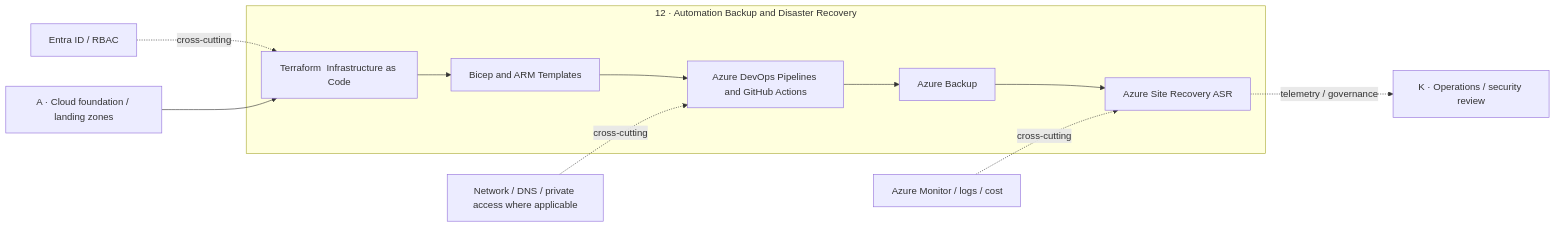
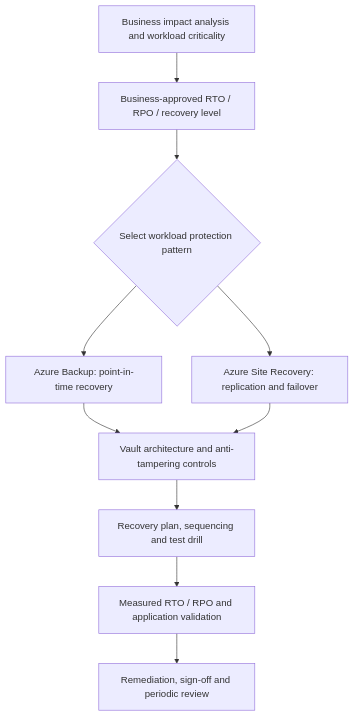
One commit to tripathies/azure-master-vault changed the diagram in 12-automation-backup-disaster-recovery/architecture.mmd. Above: the diagram before and after it, drawn with Mermaid.

Commit message:
Update category 12 diagram source for dedicated BCDR lifecycle

```diff
--- a/12-automation-backup-disaster-recovery/architecture.mmd
+++ b/12-automation-backup-disaster-recovery/architecture.mmd
@@ -1,17 +1,10 @@
-flowchart LR
-  subgraph 12["12 · Automation Backup and Disaster Recovery"]
-    n1["Terraform  Infrastructure as Code"]
-    n2["Bicep and ARM Templates"]
-    n1 --> n2
-    n3["Azure DevOps Pipelines and GitHub Actions"]
-    n2 --> n3
-    n4["Azure Backup"]
-    n3 --> n4
-    n5["Azure Site Recovery ASR"]
-    n4 --> n5
-  end
-  Identity["Entra ID / RBAC"] -. cross-cutting .-> n1
-  Network["Network / DNS / private access where applicable"] -. cross-cutting .-> n3
-  Monitor["Azure Monitor / logs / cost"] -. cross-cutting .-> n5
-  Foundation["A · Cloud foundation / landing zones"] --> n1
-  n5 -. telemetry / governance .-> Operations["K · Operations / security review"]
+flowchart TB
+  BIA["Business impact analysis and workload criticality"] --> Objectives["Business-approved RTO / RPO / recovery level"]
+  Objectives --> Pattern{"Select workload protection pattern"}
+  Pattern --> Backup["Azure Backup: point-in-time recovery"]
+  Pattern --> ASR["Azure Site Recovery: replication and failover"]
+  Backup --> Vault["Vault architecture and anti-tampering controls"]
+  ASR --> Vault
+  Vault --> Plan["Recovery plan, sequencing and test drill"]
+  Plan --> Evidence["Measured RTO / RPO and application validation"]
+  Evidence --> Review["Remediation, sign-off and periodic review"]
```
